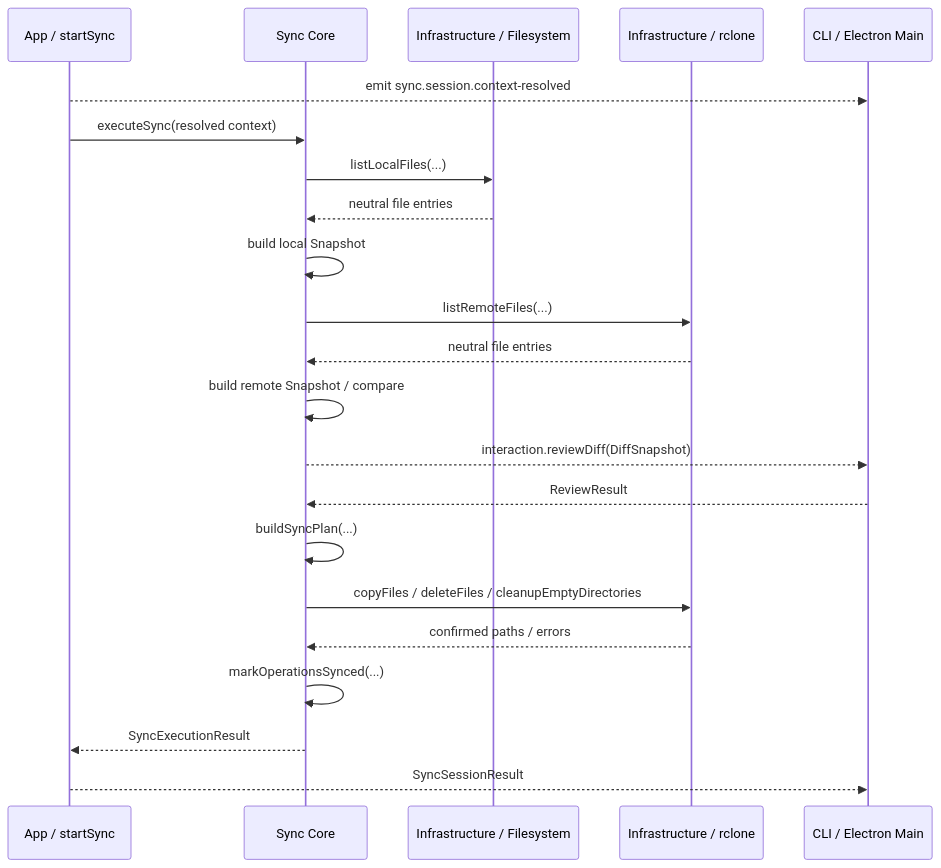
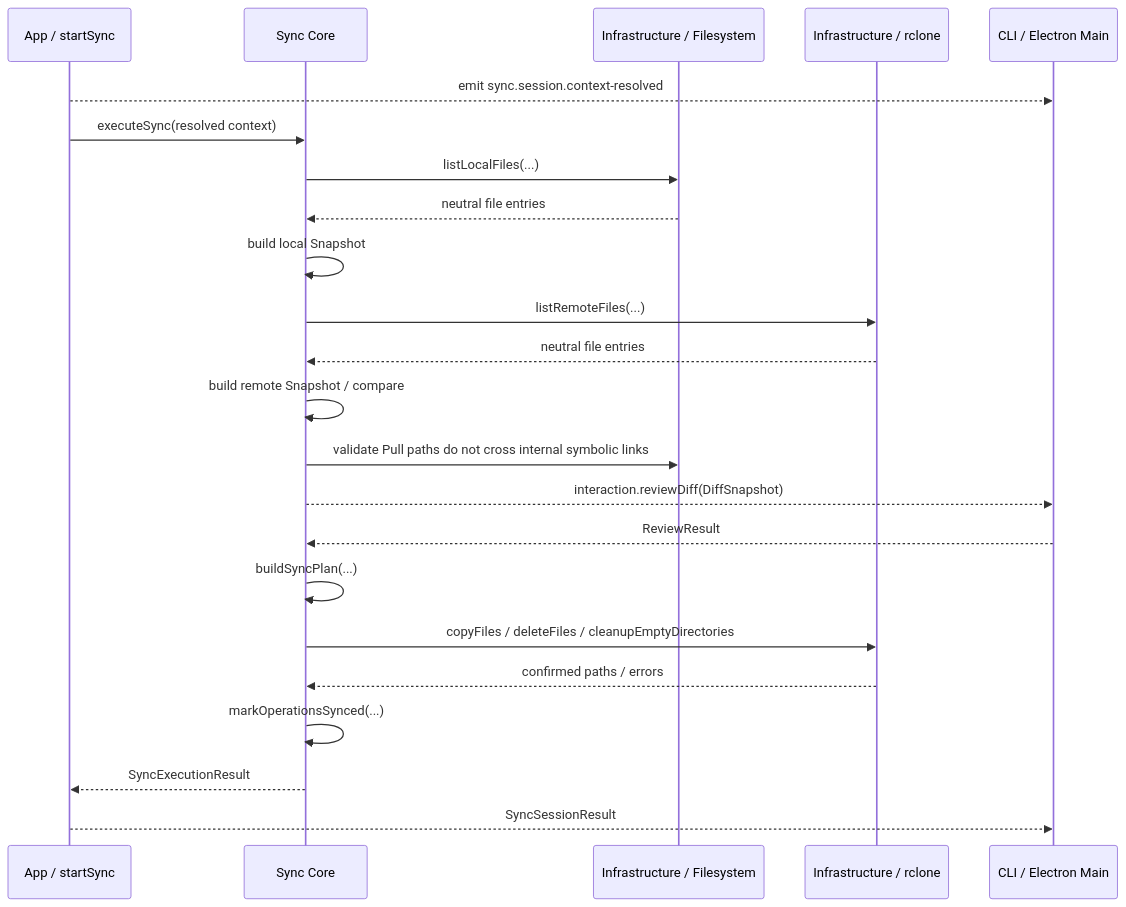
The fourth of 4 diagrams in docs/Architecture.md (agalloch21/sync-with-rclone), drawn with Mermaid before and after one commit. The commit also changed other lines of this file and 68 other files, not shown here.

````diff
--- a/docs/Architecture.md
+++ b/docs/Architecture.md
@@ -826,25 +829,26 @@
 ```mermaid
 sequenceDiagram
   participant APP as App / startSync
   participant CORE as Sync Core
   participant FS as Infrastructure / Filesystem
   participant RCLONE as Infrastructure / rclone
   participant SHELL as CLI / Electron Main
 
   APP-->>SHELL: emit sync.session.context-resolved
   APP->>CORE: executeSync(resolved context)
   CORE->>FS: listLocalFiles(...)
   FS-->>CORE: neutral file entries
   CORE->>CORE: build local Snapshot
   CORE->>RCLONE: listRemoteFiles(...)
   RCLONE-->>CORE: neutral file entries
   CORE->>CORE: build remote Snapshot / compare
+  CORE->>FS: validate Pull paths do not cross internal symbolic links
   CORE-->>SHELL: interaction.reviewDiff(DiffSnapshot)
   SHELL-->>CORE: ReviewResult
   CORE->>CORE: buildSyncPlan(...)
   CORE->>RCLONE: copyFiles / deleteFiles / cleanupEmptyDirectories
   RCLONE-->>CORE: confirmed paths / errors
   CORE->>CORE: markOperationsSynced(...)
   CORE-->>APP: SyncExecutionResult
   APP-->>SHELL: SyncSessionResult
 ```
````
